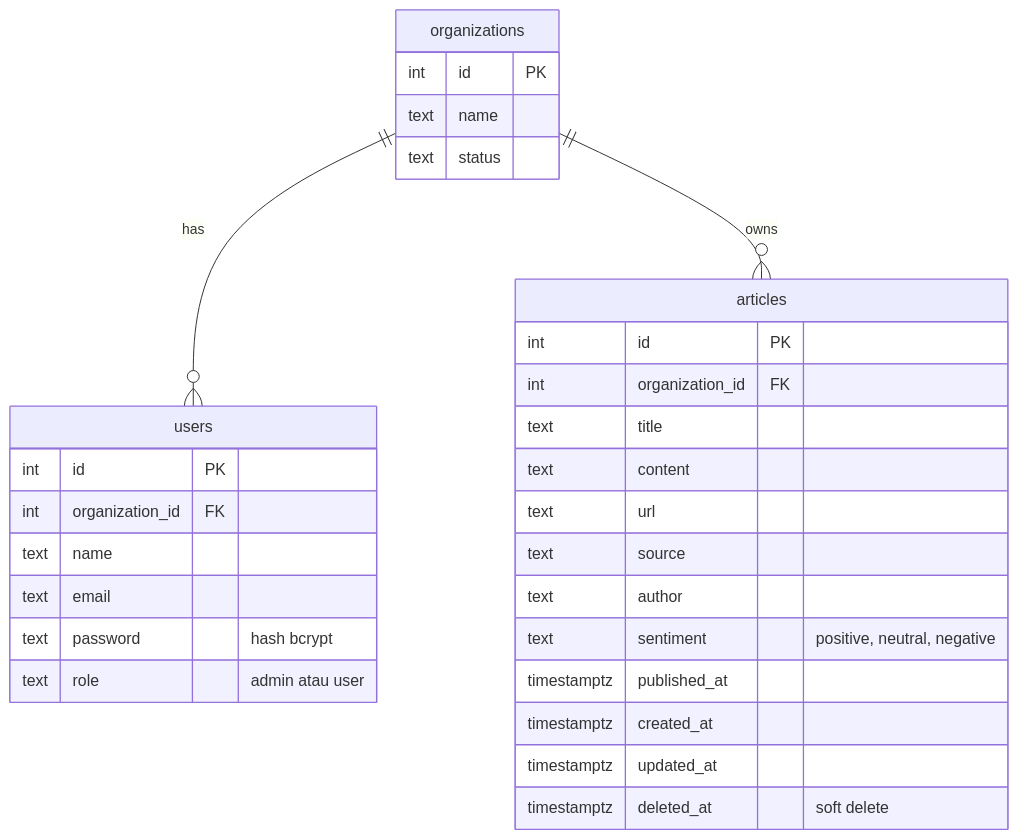
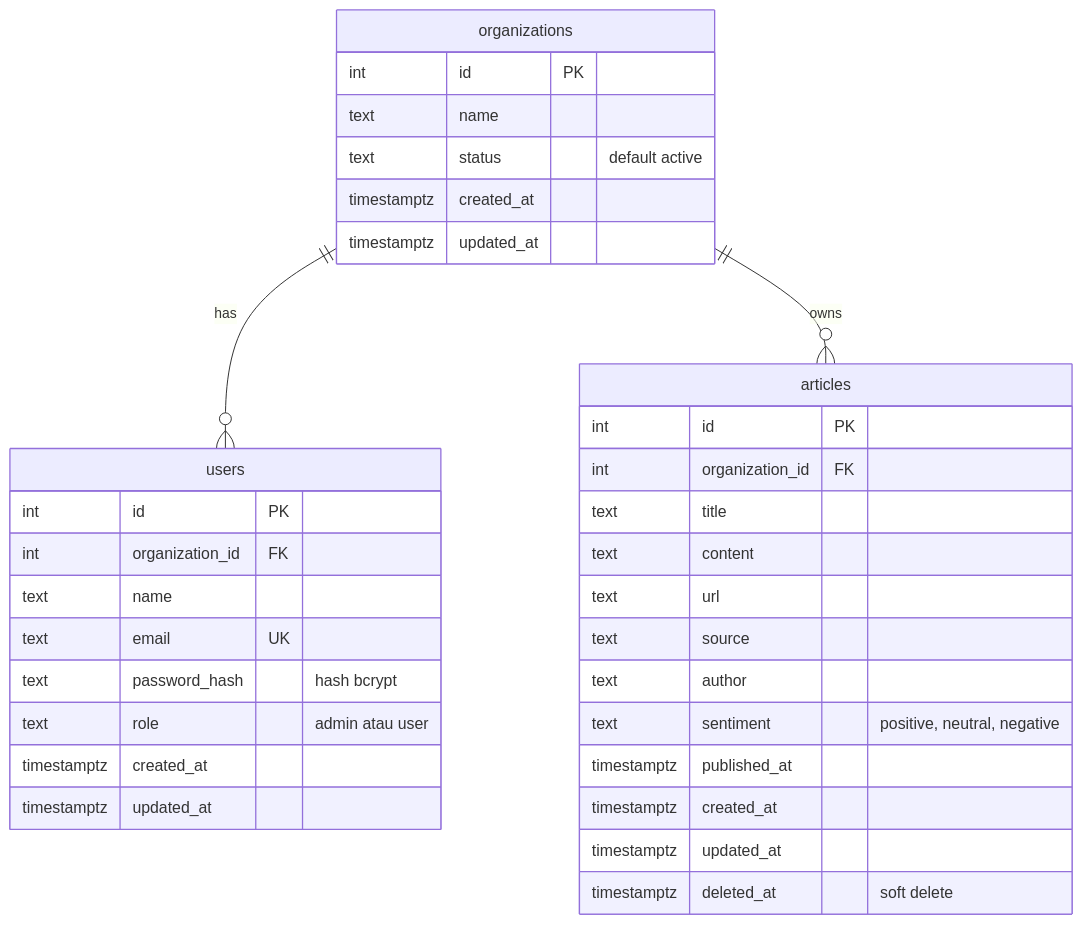
Before and after one commit to farprima/digivla-media-monitoring-js: the first of 2 diagrams in README.md, drawn with Mermaid. The commit also changed other lines of this file and 1 other file, not shown here.

````diff
--- a/README.md
+++ b/README.md
@@ -121,35 +124,39 @@
 ```mermaid
 erDiagram
     organizations ||--o{ users : has
     organizations ||--o{ articles : owns
 
     organizations {
         int id PK
         text name
-        text status
+        text status "default active"
+        timestamptz created_at
+        timestamptz updated_at
     }
 
     users {
         int id PK
         int organization_id FK
         text name
-        text email
-        text password "hash bcrypt"
+        text email UK
+        text password_hash "hash bcrypt"
         text role "admin atau user"
+        timestamptz created_at
+        timestamptz updated_at
     }
 
     articles {
         int id PK
         int organization_id FK
         text title
         text content
         text url
         text source
         text author
         text sentiment "positive, neutral, negative"
         timestamptz published_at
         timestamptz created_at
         timestamptz updated_at
         timestamptz deleted_at "soft delete"
     }
 ```
````
